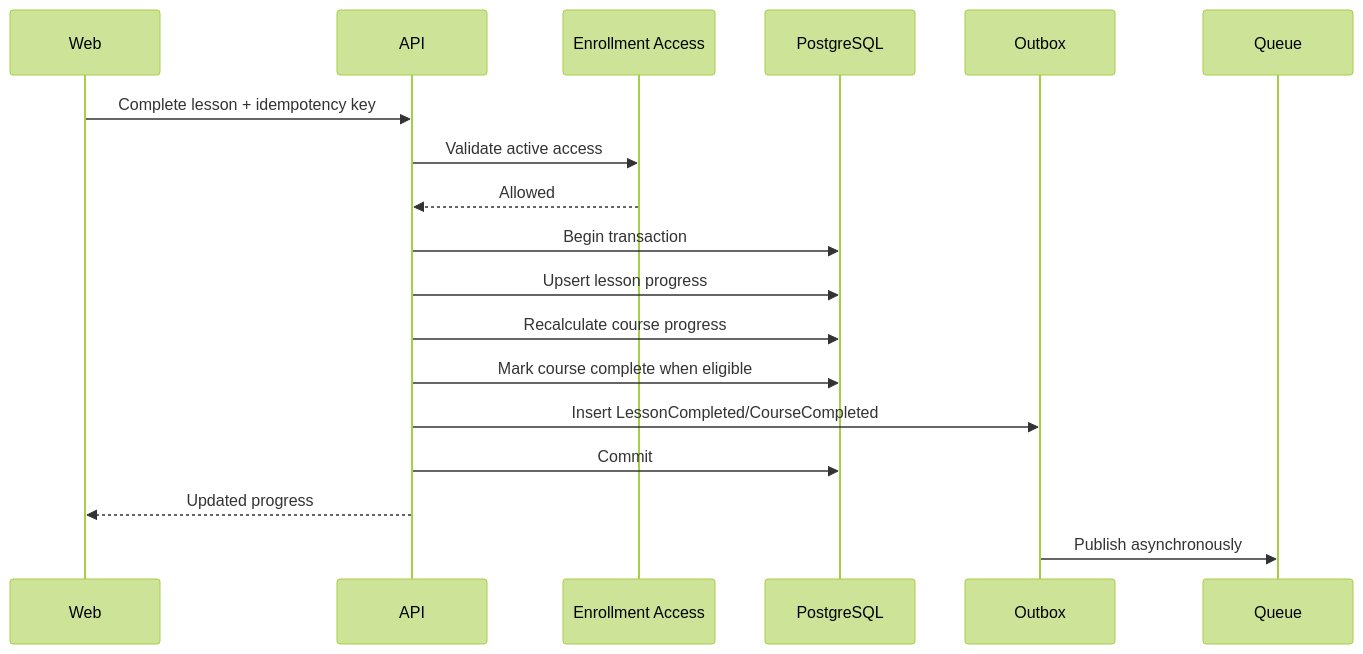
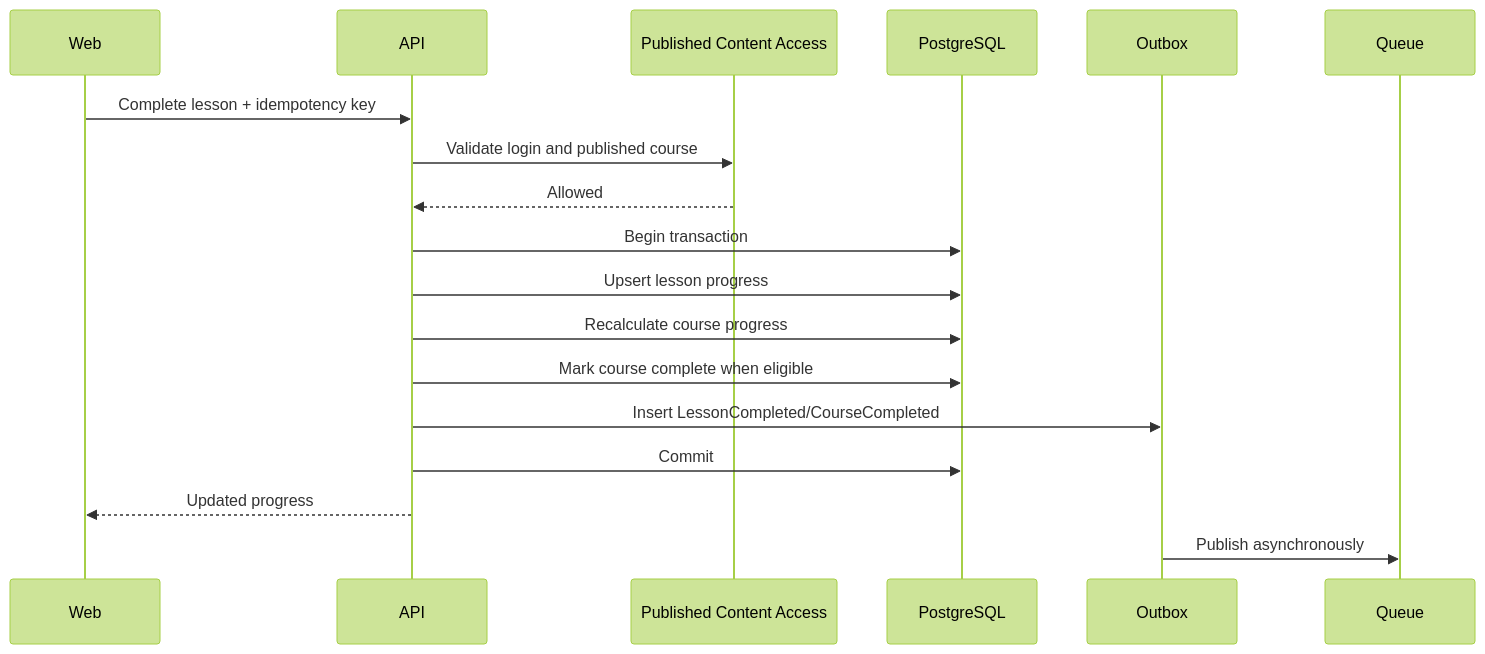
The second of 2 diagrams in docs/architecture/ARCHITECTURE.md (kvnlhm/lms-ai), drawn with Mermaid (forest theme) before and after one commit. The commit also changed other lines of this file and 17 other files, not shown here.

Commit message:
feat(access): open published content to all users

````diff
--- a/docs/architecture/ARCHITECTURE.md
+++ b/docs/architecture/ARCHITECTURE.md
@@ -761,21 +761,21 @@
 ```mermaid
 sequenceDiagram
     participant Web
     participant API
-    participant Access as Enrollment Access
+    participant Access as Published Content Access
     participant DB as PostgreSQL
     participant Outbox
     participant Queue
 
     Web->>API: Complete lesson + idempotency key
-    API->>Access: Validate active access
+    API->>Access: Validate login and published course
     Access-->>API: Allowed
     API->>DB: Begin transaction
     API->>DB: Upsert lesson progress
     API->>DB: Recalculate course progress
     API->>DB: Mark course complete when eligible
     API->>Outbox: Insert LessonCompleted/CourseCompleted
     API->>DB: Commit
     API-->>Web: Updated progress
     Outbox->>Queue: Publish asynchronously
 ```
````
